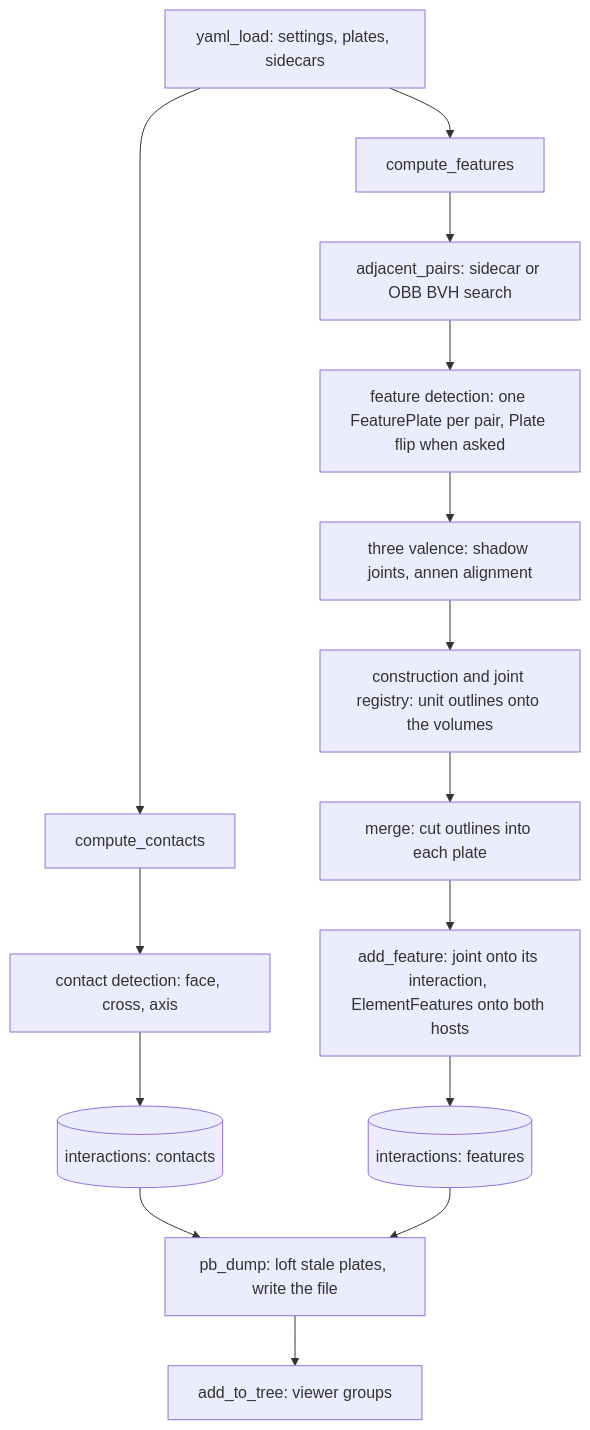
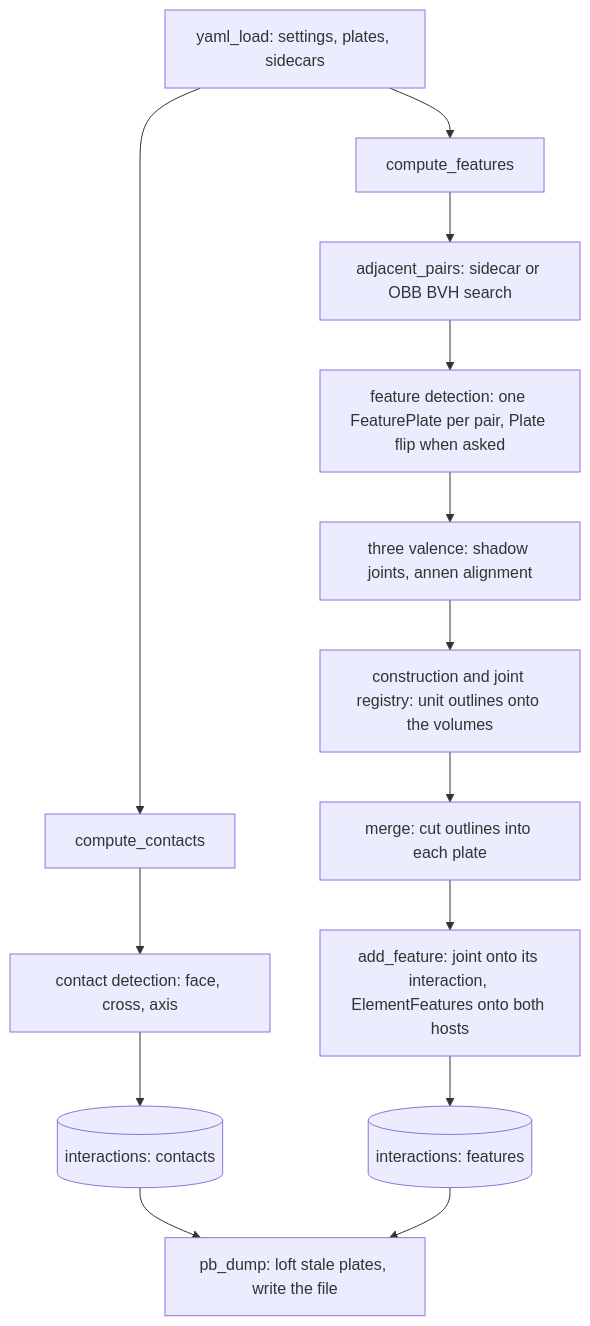
The eighth of 10 diagrams in src/docs.md (petrasvestartas/wood), drawn with Mermaid before and after one commit. The commit also changed other lines of this file and 60 other files, not shown here.

````diff
--- a/src/docs.md
+++ b/src/docs.md
@@ -264,17 +264,16 @@
 ```mermaid
 flowchart TB
     Y["yaml_load: settings, plates, sidecars"] --> CC["compute_contacts"]
     Y --> CF["compute_features"]
     CC --> CD["contact detection: face, cross, axis"]
     CD --> ST[("interactions: contacts")]
     CF --> AP["adjacent_pairs: sidecar or OBB BVH search"]
     AP --> FD["feature detection: one FeaturePlate per pair, Plate flip when asked"]
     FD --> TV["three valence: shadow joints, annen alignment"]
     TV --> FC["construction and joint registry: unit outlines onto the volumes"]
     FC --> MM["merge: cut outlines into each plate"]
     MM --> AF["add_feature: joint onto its interaction, ElementFeatures onto both hosts"]
     AF --> ST2[("interactions: features")]
     ST --> PB["pb_dump: loft stale plates, write the file"]
     ST2 --> PB
-    PB --> VW["add_to_tree: viewer groups"]
 ```
````
